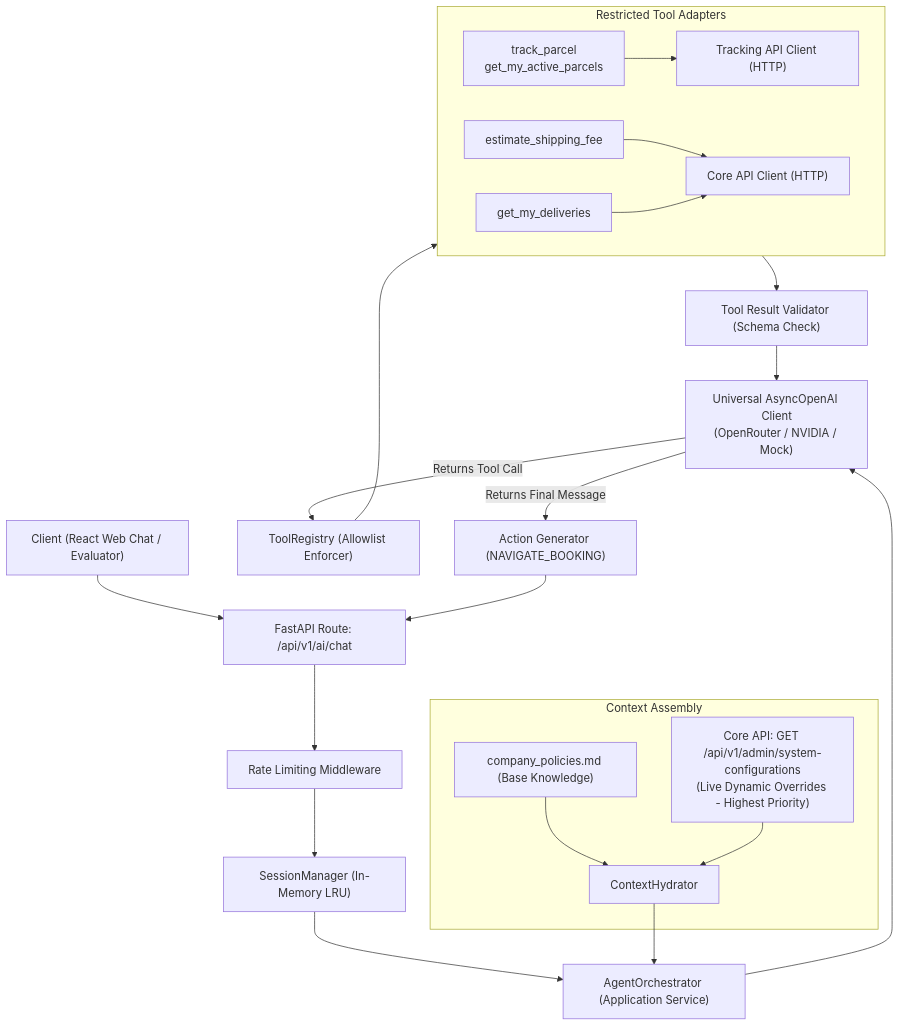
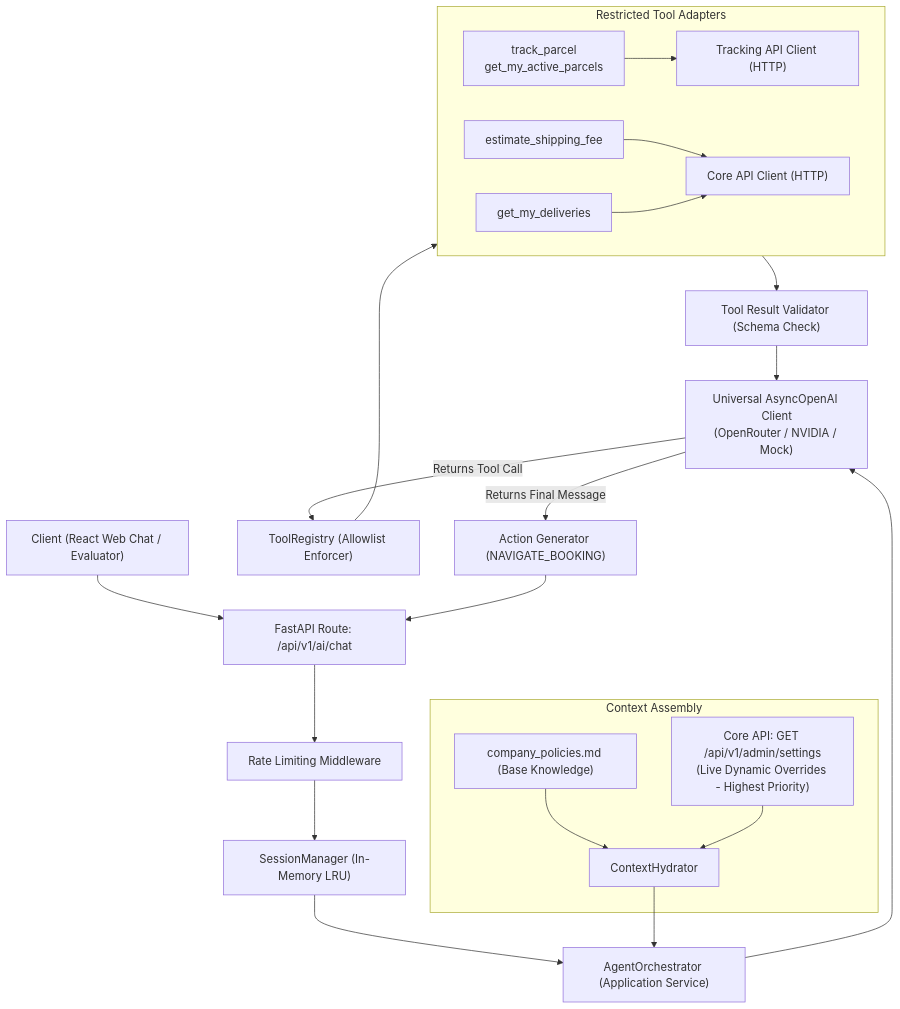
Before and after one commit to phantomTroupeEAD/SwiftDrop: the first of 4 diagrams in docs/drafts/member-10-ai-assistant-quality/doc-03-internal-architecture-and-design.md, drawn with Mermaid. The commit also changed other lines of this file and 6 other files, not shown here.

Commit message:
docs(m10): align admin settings endpoint with member 7 contract (/api/v1/admin/settings)

````diff
--- a/docs/drafts/member-10-ai-assistant-quality/doc-03-internal-architecture-and-design.md
+++ b/docs/drafts/member-10-ai-assistant-quality/doc-03-internal-architecture-and-design.md
@@ -76,33 +76,33 @@
 ```mermaid
 flowchart TD
     Client["Client (React Web Chat / Evaluator)"] --> Route["FastAPI Route: /api/v1/ai/chat"]
     Route --> RateLimiter["Rate Limiting Middleware"]
     RateLimiter --> SessionMgr["SessionManager (In-Memory LRU)"]
     
     SessionMgr --> Orchestrator["AgentOrchestrator (Application Service)"]
     
     subgraph ContextPrep["Context Assembly"]
         Hydrator["ContextHydrator"]
         LocalFile["company_policies.md (Base Knowledge)"] --> Hydrator
-        CoreAPI_Rules["Core API: GET /api/v1/admin/system-configurations<br/>(Live Dynamic Overrides - Highest Priority)"] --> Hydrator
+        CoreAPI_Rules["Core API: GET /api/v1/admin/settings<br/>(Live Dynamic Overrides - Highest Priority)"] --> Hydrator
     end
     
     Hydrator --> Orchestrator
     
     Orchestrator --> LLMAdapter["Universal AsyncOpenAI Client<br/>(OpenRouter / NVIDIA / Mock)"]
     
     LLMAdapter -- Returns Tool Call --> ToolDispatcher["ToolRegistry (Allowlist Enforcer)"]
     
     subgraph ToolExecution["Restricted Tool Adapters"]
         Tool_Track["track_parcel<br/>get_my_active_parcels"] --> TrackClient["Tracking API Client (HTTP)"]
         Tool_Price["estimate_shipping_fee"] --> CoreClient["Core API Client (HTTP)"]
         Tool_Hist["get_my_deliveries"] --> CoreClient
     end
     
     ToolDispatcher --> ToolExecution
     ToolExecution --> ToolResultValidator["Tool Result Validator (Schema Check)"]
     ToolResultValidator --> LLMAdapter
     
     LLMAdapter -- Returns Final Message --> ActionGenerator["Action Generator (NAVIGATE_BOOKING)"]
     ActionGenerator --> Route
 ```
````
